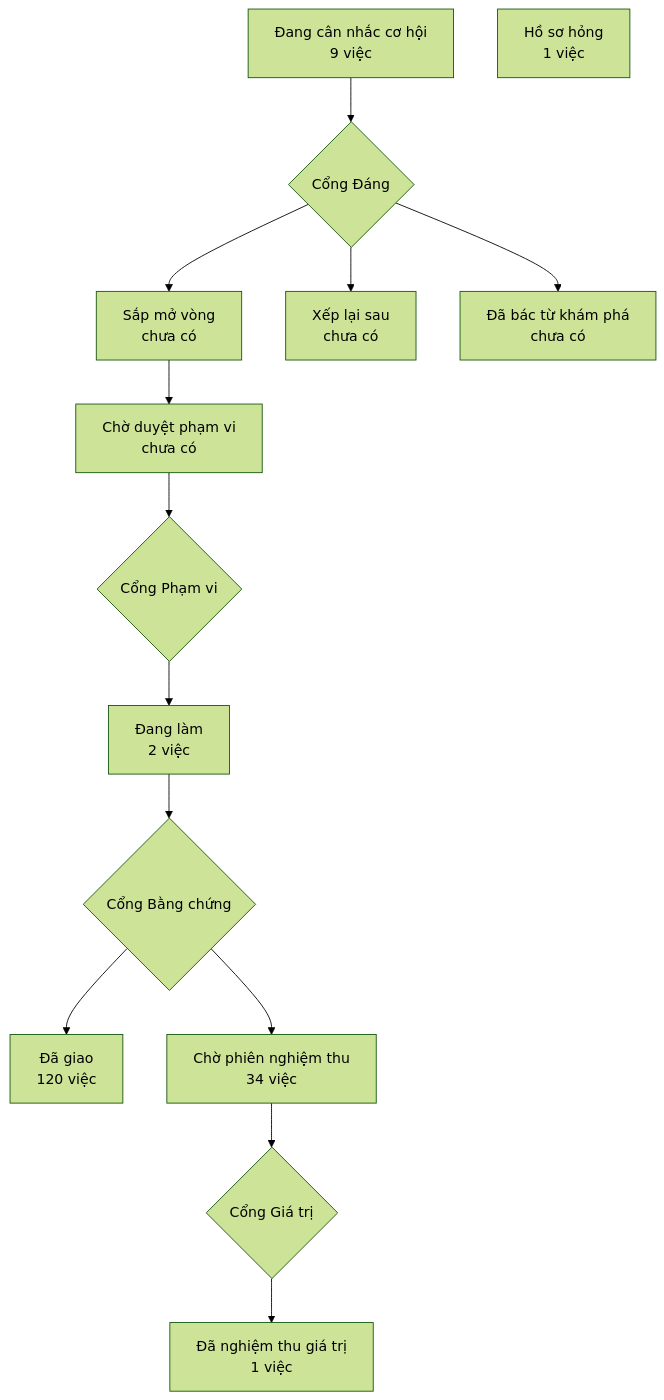
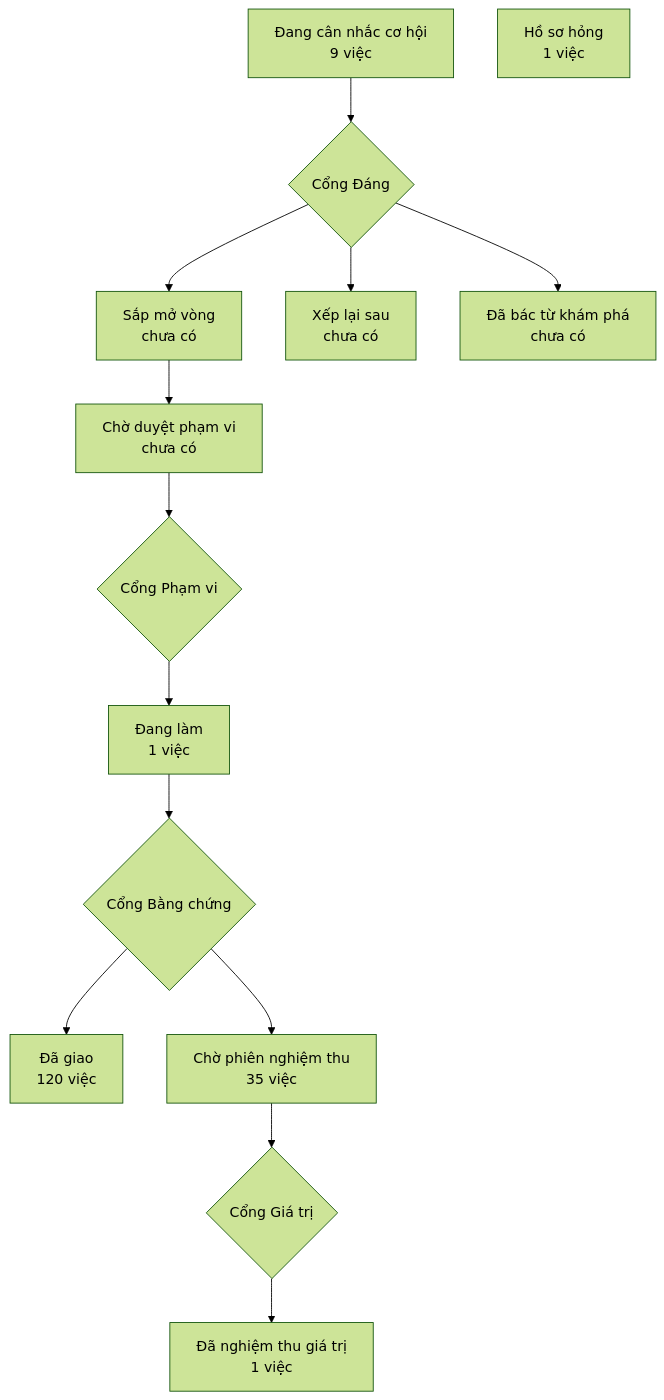
One commit to phanlemanh/crm-onehub changed the diagram in PRODUCT-MAP.md. Above: the diagram before and after it, drawn with Mermaid (forest theme). The commit also changed 4 other files, not shown here.

````diff
--- a/PRODUCT-MAP.md
+++ b/PRODUCT-MAP.md
@@ -7,13 +7,13 @@
 ```mermaid
 flowchart TD
   A["Đang cân nhắc cơ hội<br/>9 việc"] --> GD{"Cổng Đáng"}
   GD --> B["Sắp mở vòng<br/>chưa có"]
   GD --> XL["Xếp lại sau<br/>chưa có"]
   GD --> DB["Đã bác từ khám phá<br/>chưa có"]
   B --> CD["Chờ duyệt phạm vi<br/>chưa có"] --> GP{"Cổng Phạm vi"}
-  GP --> DL["Đang làm<br/>2 việc"] --> GB{"Cổng Bằng chứng"}
+  GP --> DL["Đang làm<br/>1 việc"] --> GB{"Cổng Bằng chứng"}
   GB --> DG["Đã giao<br/>120 việc"]
-  GB --> CN["Chờ phiên nghiệm thu<br/>34 việc"] --> GG{"Cổng Giá trị"}
+  GB --> CN["Chờ phiên nghiệm thu<br/>35 việc"] --> GG{"Cổng Giá trị"}
   GG --> NT["Đã nghiệm thu giá trị<br/>1 việc"]
   HS["Hồ sơ hỏng<br/>1 việc"]
 ```
````
